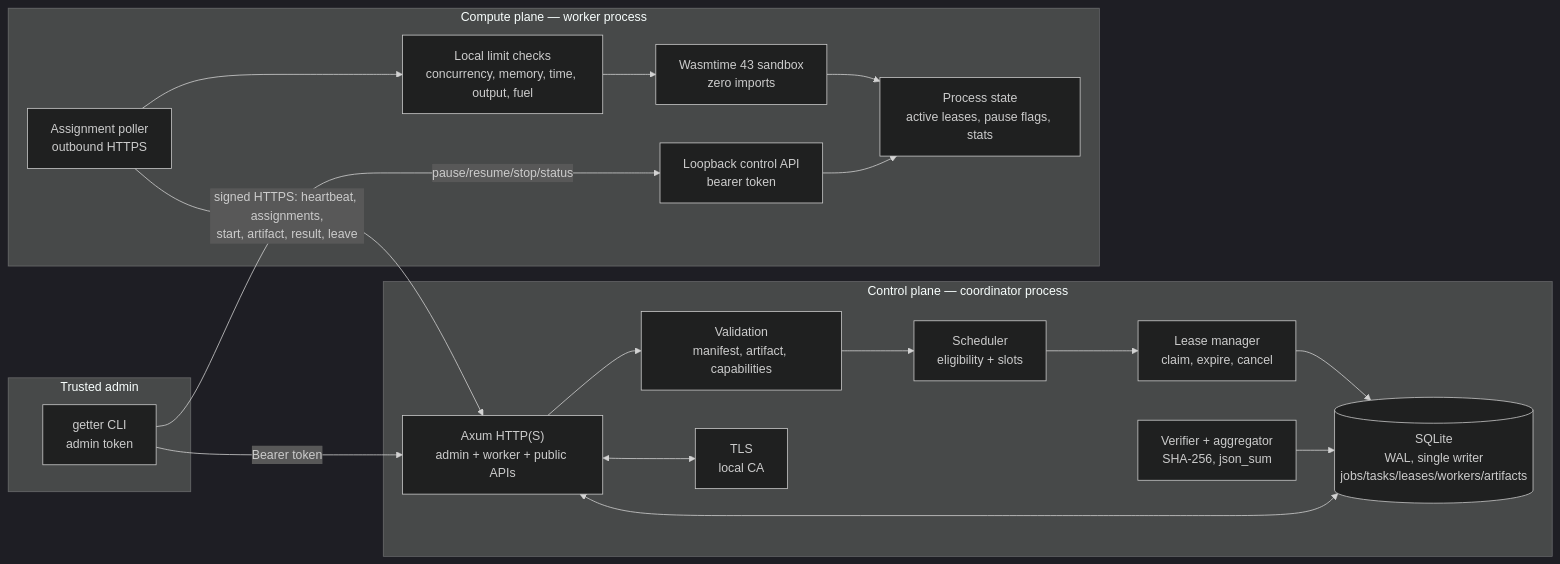
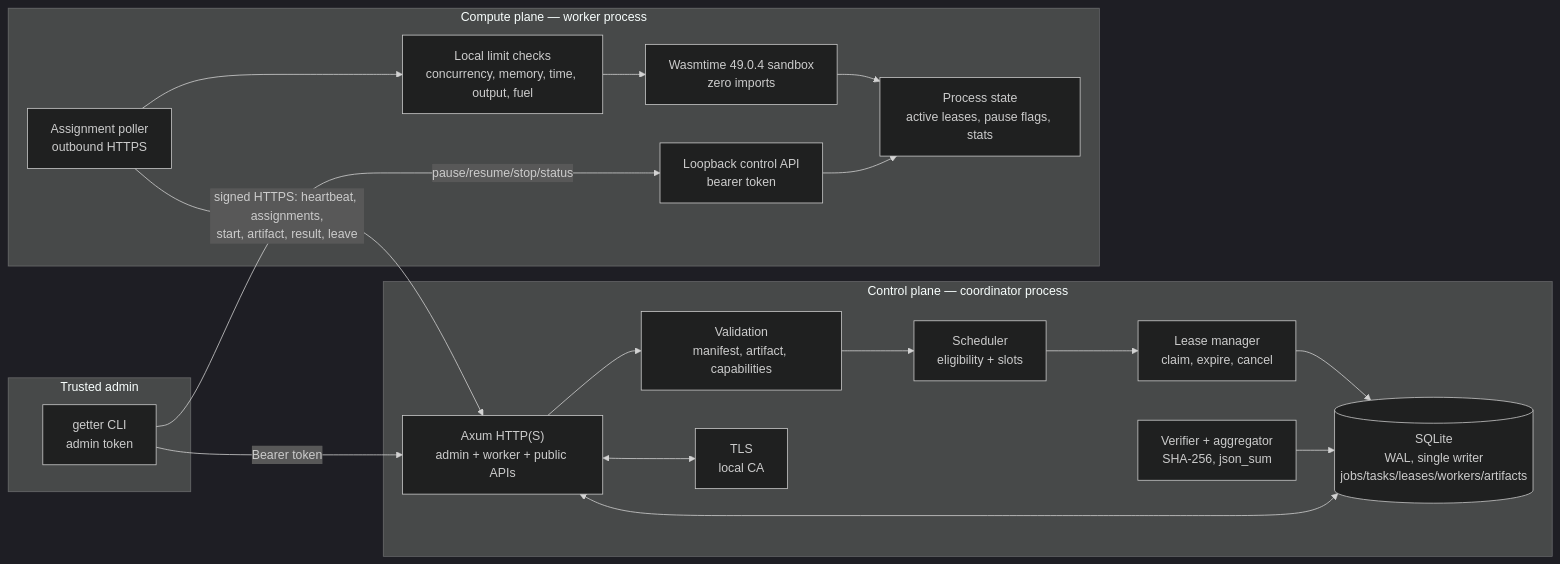
Before and after one commit to benaiah-muga/Getter: the first of 3 diagrams in docs/architecture.md, drawn with Mermaid (dark theme). The commit also changed 12 other files, not shown here.

First line of the commit message:
docs: add architecture, threat model, operations, and contributor guides

````diff
--- a/docs/architecture.md
+++ b/docs/architecture.md
@@ -35,40 +35,40 @@
 ```mermaid
 flowchart LR
     subgraph Admin["Trusted admin"]
         CLI["getter CLI\nadmin token"]
     end
 
     subgraph Control["Control plane — coordinator process"]
         HTTP["Axum HTTP(S)\nadmin + worker + public APIs"]
         VAL["Validation\nmanifest, artifact, capabilities"]
         SCHED["Scheduler\neligibility + slots"]
         LEASE["Lease manager\nclaim, expire, cancel"]
         VERIFY["Verifier + aggregator\nSHA-256, json_sum"]
         DB[("SQLite\nWAL, single writer\njobs/tasks/leases/workers/artifacts")]
         TLS["TLS\nlocal CA"]
     end
 
     subgraph Compute["Compute plane — worker process"]
         WCTL["Loopback control API\nbearer token"]
         POLL["Assignment poller\noutbound HTTPS"]
         LOCAL["Local limit checks\nconcurrency, memory, time, output, fuel"]
-        SBX["Wasmtime 43 sandbox\nzero imports"]
+        SBX["Wasmtime 49.0.4 sandbox\nzero imports"]
         STATE["Process state\nactive leases, pause flags, stats"]
     end
 
     CLI -->|"Bearer token"| HTTP
     HTTP --> VAL
     VAL --> SCHED
     SCHED --> LEASE
     LEASE --> DB
     VERIFY --> DB
     HTTP <--> DB
     HTTP <--> TLS
 
     POLL -->|"signed HTTPS: heartbeat, assignments,\nstart, artifact, result, leave"| HTTP
     POLL --> LOCAL
     LOCAL --> SBX
     SBX --> STATE
     WCTL --> STATE
     CLI -->|"pause/resume/stop/status"| WCTL
 ```
````
